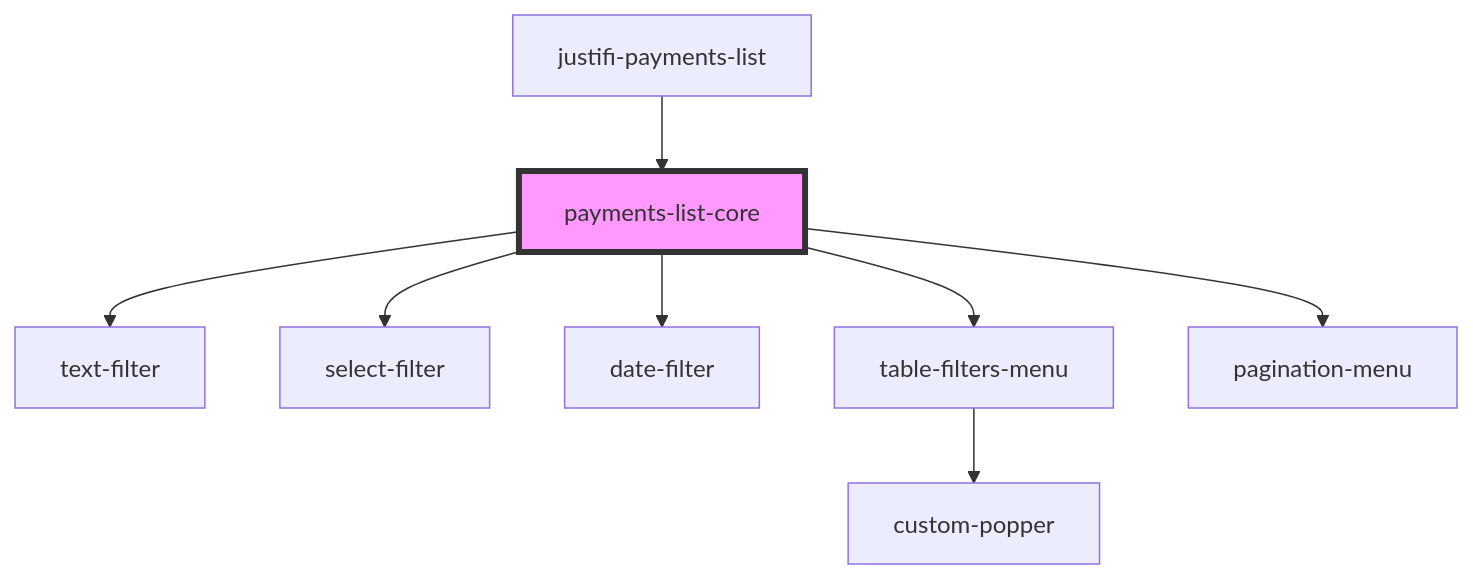
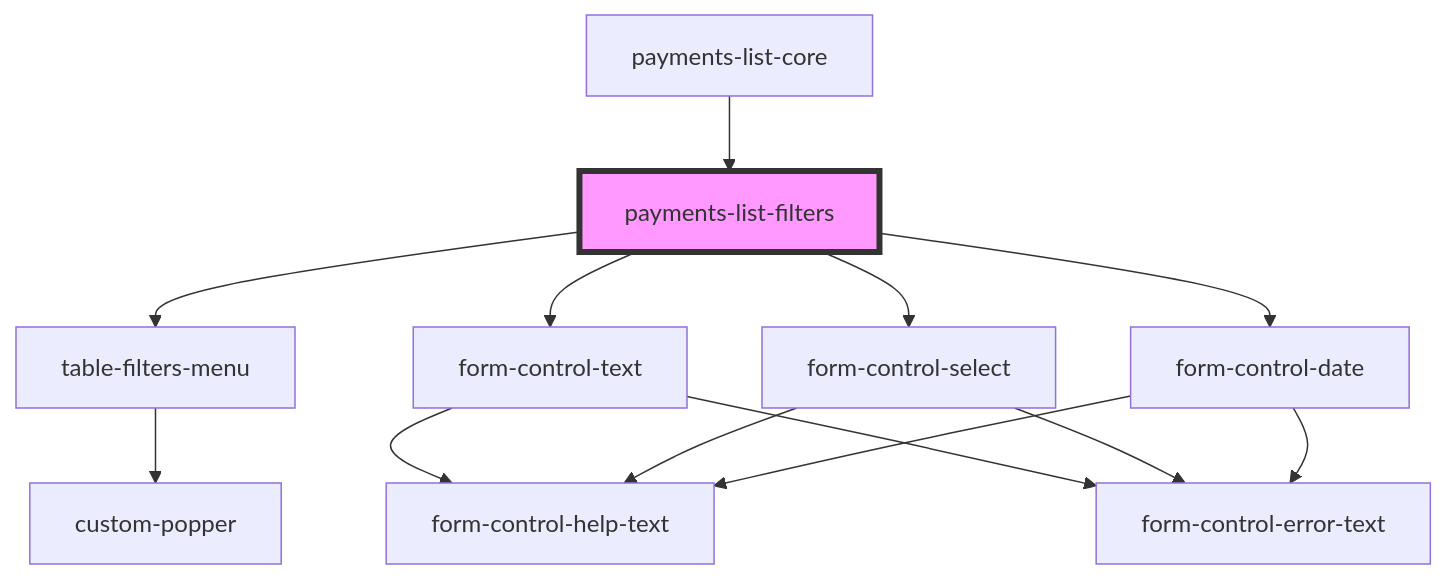
Before and after one commit to justifi-tech/web-component-library: the diagram in packages/webcomponents/src/components/payments-list/readme.md, drawn with Mermaid. The commit also changed other lines of this file and 13 other files, not shown here.

Commit message:
Delete filter input components, replace with form-control-inputs. Create payments-list-filters component

````diff
--- a/packages/webcomponents/src/components/payments-list/readme.md
+++ b/packages/webcomponents/src/components/payments-list/readme.md
@@ -50,11 +31,16 @@
 ```mermaid
 graph TD;
-  payments-list-core --> text-filter
-  payments-list-core --> select-filter
-  payments-list-core --> date-filter
-  payments-list-core --> table-filters-menu
-  payments-list-core --> pagination-menu
+  payments-list-filters --> table-filters-menu
+  payments-list-filters --> form-control-text
+  payments-list-filters --> form-control-select
+  payments-list-filters --> form-control-date
   table-filters-menu --> custom-popper
-  justifi-payments-list --> payments-list-core
-  style payments-list-core fill:#f9f,stroke:#333,stroke-width:4px
+  form-control-text --> form-control-help-text
+  form-control-text --> form-control-error-text
+  form-control-select --> form-control-help-text
+  form-control-select --> form-control-error-text
+  form-control-date --> form-control-help-text
+  form-control-date --> form-control-error-text
+  payments-list-core --> payments-list-filters
+  style payments-list-filters fill:#f9f,stroke:#333,stroke-width:4px
 ```
````
